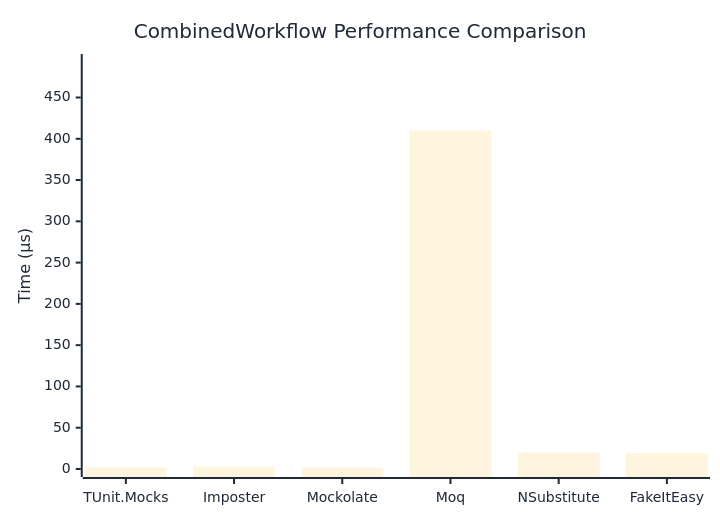
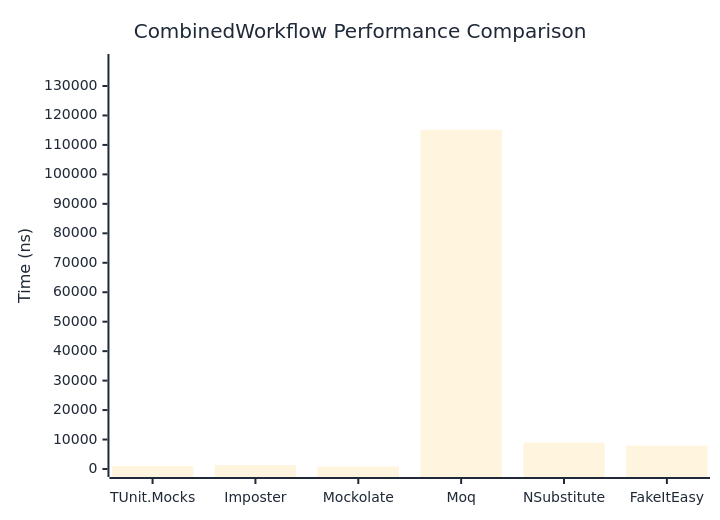
Before and after one commit to thomhurst/TUnit: the diagram in docs/docs/benchmarks/mocks/CombinedWorkflow.md, drawn with Mermaid. The commit also changed other lines of this file and 14 other files, not shown here.

````diff
--- a/docs/docs/benchmarks/mocks/CombinedWorkflow.md
+++ b/docs/docs/benchmarks/mocks/CombinedWorkflow.md
@@ -30,27 +30,27 @@
 ```mermaid
 %%{init: {
   'theme':'base',
   'themeVariables': {
     'primaryColor': '#2563eb',
     'primaryTextColor': '#1f2937',
     'primaryBorderColor': '#1e40af',
     'lineColor': '#6b7280',
     'secondaryColor': '#7c3aed',
     'tertiaryColor': '#dc2626',
     'background': '#ffffff',
     'pie1': '#2563eb',
     'pie2': '#7c3aed',
     'pie3': '#dc2626',
     'pie4': '#f59e0b',
     'pie5': '#10b981',
     'pie6': '#06b6d4',
     'pie7': '#ec4899',
     'pie8': '#6366f1'
   }
 }}%%
 xychart-beta
   title "CombinedWorkflow Performance Comparison"
   x-axis ["TUnit.Mocks", "Imposter", "Mockolate", "Moq", "NSubstitute", "FakeItEasy"]
-  y-axis "Time (μs)" 0 --> 493
-  bar [1.908, 2.741, 1.718, 410.115, 19.715, 19.303]
+  y-axis "Time (ns)" 0 --> 138147
+  bar [1030.9, 1300.3, 844.6, 115121.8, 8958.3, 7934.2]
 ```
````
